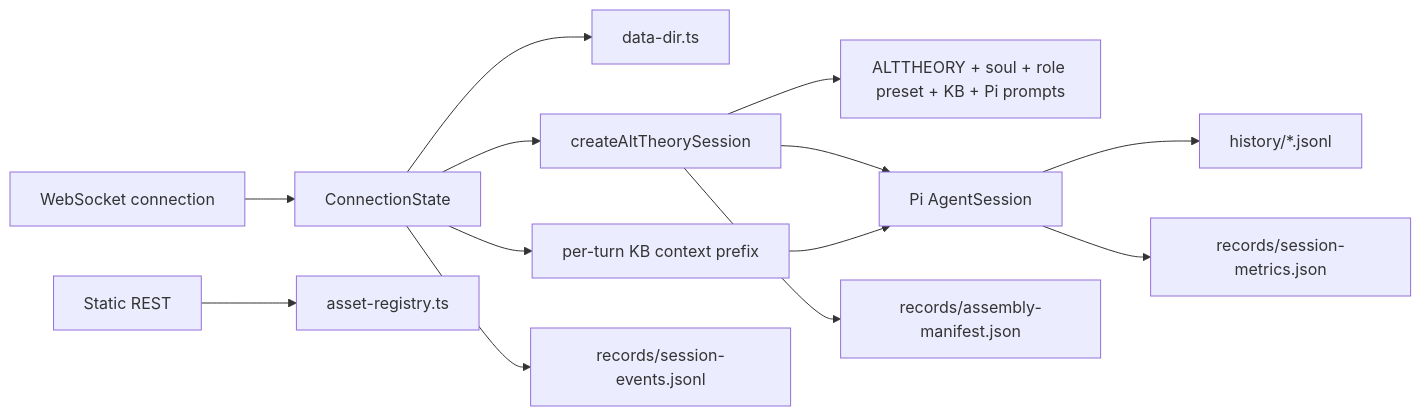
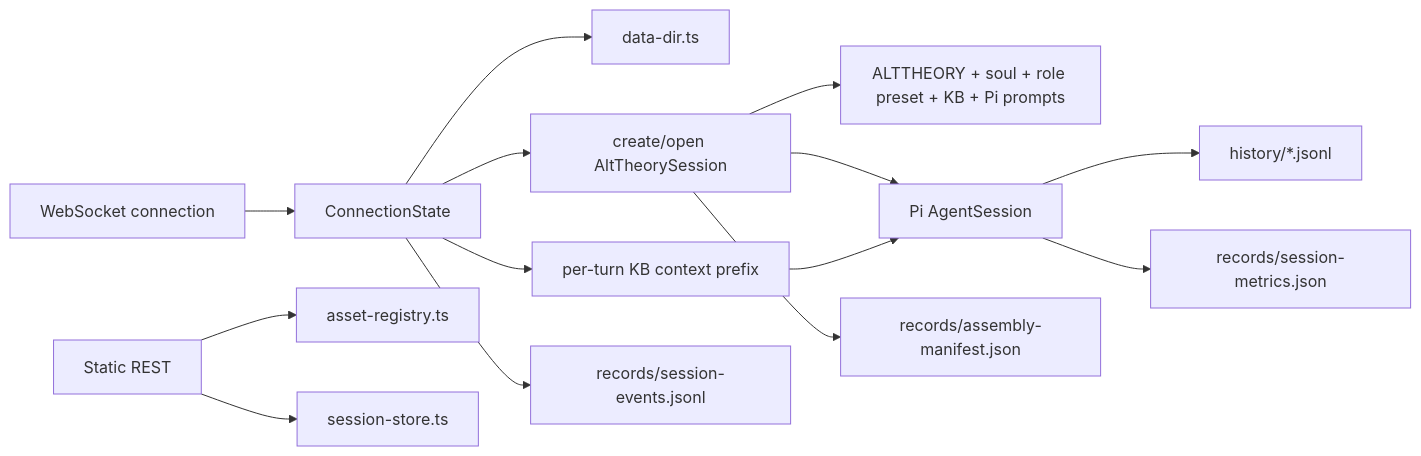
The diagram in project/architecture/core-session-engine.md (syuan-research/alt-theory), drawn with Mermaid before and after one commit. The commit also changed other lines of this file and 8 other files, not shown here.

Commit message:
feature: add websocket session resume open

````diff
--- a/project/architecture/core-session-engine.md
+++ b/project/architecture/core-session-engine.md
@@ -48,15 +48,16 @@
 ```mermaid
 flowchart LR
   WS[WebSocket connection] --> State[ConnectionState]
   State --> Dirs[data-dir.ts]
-  State --> Core[createAltTheorySession]
+  State --> Core[create/open AltTheorySession]
   Core --> Assets[ALTTHEORY + soul + role preset + KB + Pi prompts]
   Core --> Pi[Pi AgentSession]
   State --> Prefix[per-turn KB context prefix]
   Prefix --> Pi
   Pi --> JSONL[history/*.jsonl]
   Core --> Manifest[records/assembly-manifest.json]
   Pi --> Metrics[records/session-metrics.json]
   State --> Events[records/session-events.jsonl]
   REST[Static REST] --> Registry[asset-registry.ts]
+  REST --> Store[session-store.ts]
 ```
````
